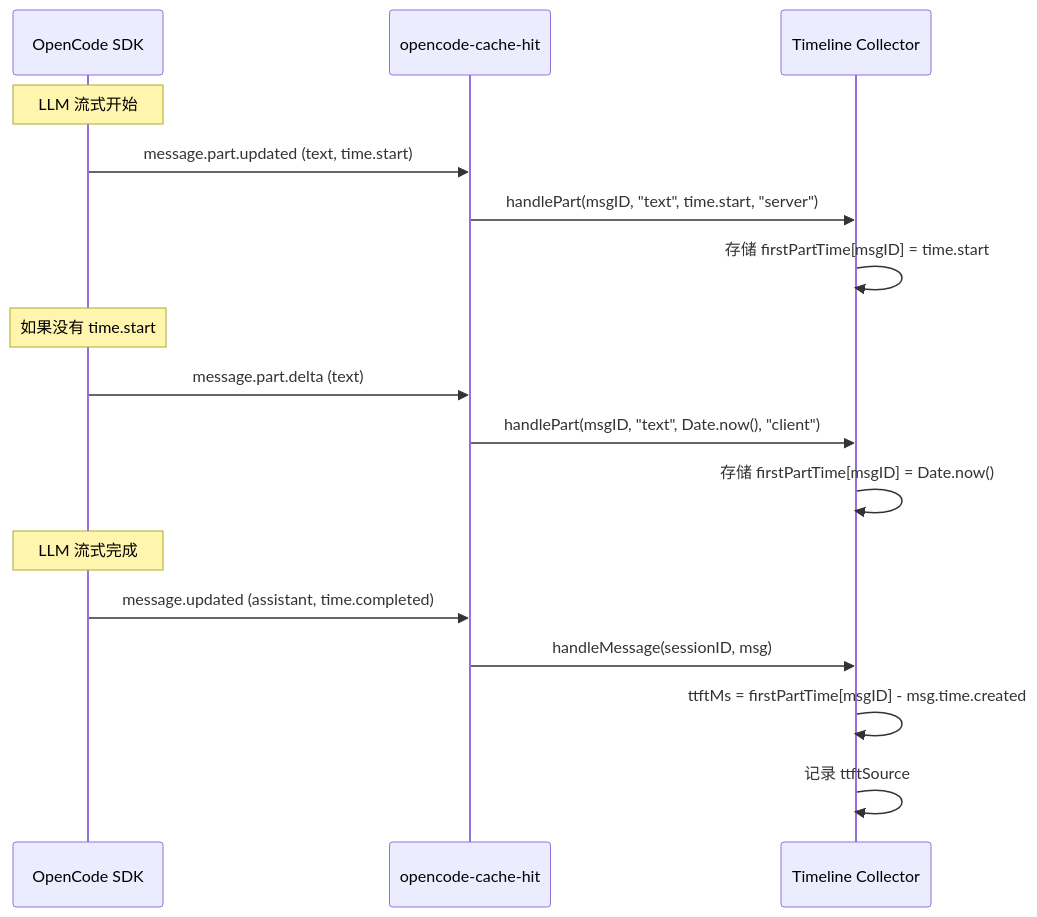
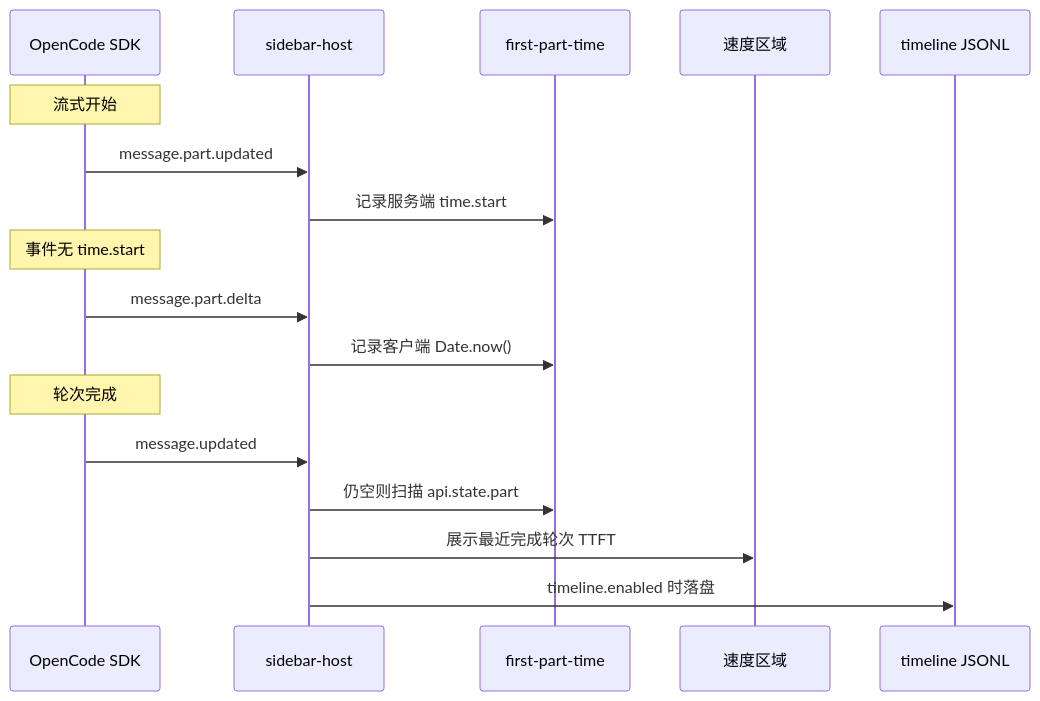
One commit to joaomj/opencode-cache-hit-plugin changed the diagram in docs/zh-CN/ttft-hybrid.md. Above: the diagram before and after it, drawn with Mermaid. The commit also changed other lines of this file and 16 other files, not shown here.

First line of the commit message:
fix(ttft): decouple sidebar timing from timeline and refresh docs

````diff
--- a/docs/zh-CN/ttft-hybrid.md
+++ b/docs/zh-CN/ttft-hybrid.md
@@ -84,22 +58,22 @@
 ```mermaid
 sequenceDiagram
     participant SDK as OpenCode SDK
-    participant Plugin as opencode-cache-hit
-    participant Timeline as Timeline Collector
-    
-    Note over SDK: LLM 流式开始
-    SDK->>Plugin: message.part.updated (text, time.start)
-    Plugin->>Timeline: handlePart(msgID, "text", time.start, "server")
-    Timeline->>Timeline: 存储 firstPartTime[msgID] = time.start
-    
-    Note over SDK: 如果没有 time.start
-    SDK->>Plugin: message.part.delta (text)
-    Plugin->>Timeline: handlePart(msgID, "text", Date.now(), "client")
-    Timeline->>Timeline: 存储 firstPartTime[msgID] = Date.now()
-    
-    Note over SDK: LLM 流式完成
-    SDK->>Plugin: message.updated (assistant, time.completed)
-    Plugin->>Timeline: handleMessage(sessionID, msg)
-    Timeline->>Timeline: ttftMs = firstPartTime[msgID] - msg.time.created
-    Timeline->>Timeline: 记录 ttftSource
+    participant Host as sidebar-host
+    participant Tracker as first-part-time
+    participant UI as 速度区域
+    participant Timeline as timeline JSONL
+
+    Note over SDK: 流式开始
+    SDK->>Host: message.part.updated
+    Host->>Tracker: 记录服务端 time.start
+
+    Note over SDK: 事件无 time.start
+    SDK->>Host: message.part.delta
+    Host->>Tracker: 记录客户端 Date.now()
+
+    Note over SDK: 轮次完成
+    SDK->>Host: message.updated
+    Host->>Tracker: 仍空则扫描 api.state.part
+    Host->>UI: 展示最近完成轮次 TTFT
+    Host->>Timeline: timeline.enabled 时落盘
 ```
````
